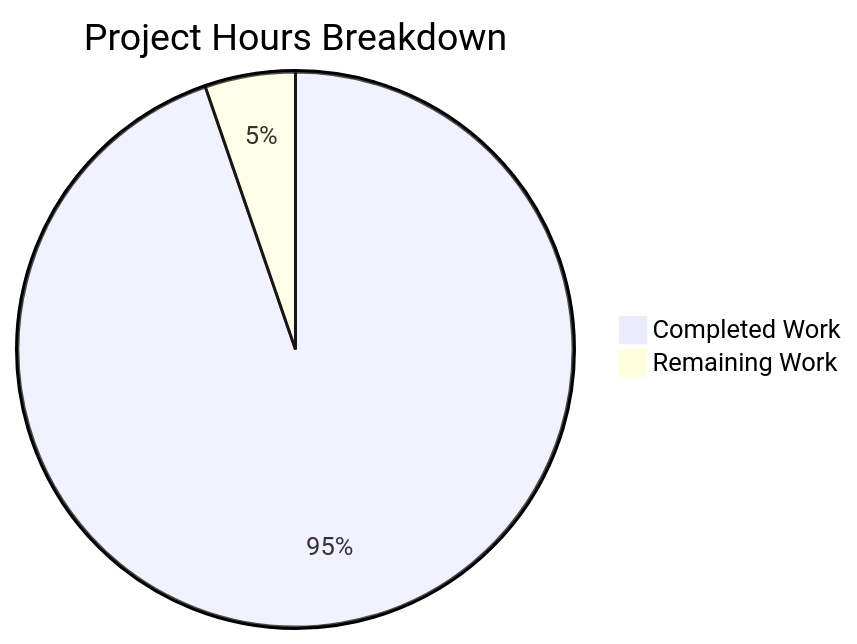
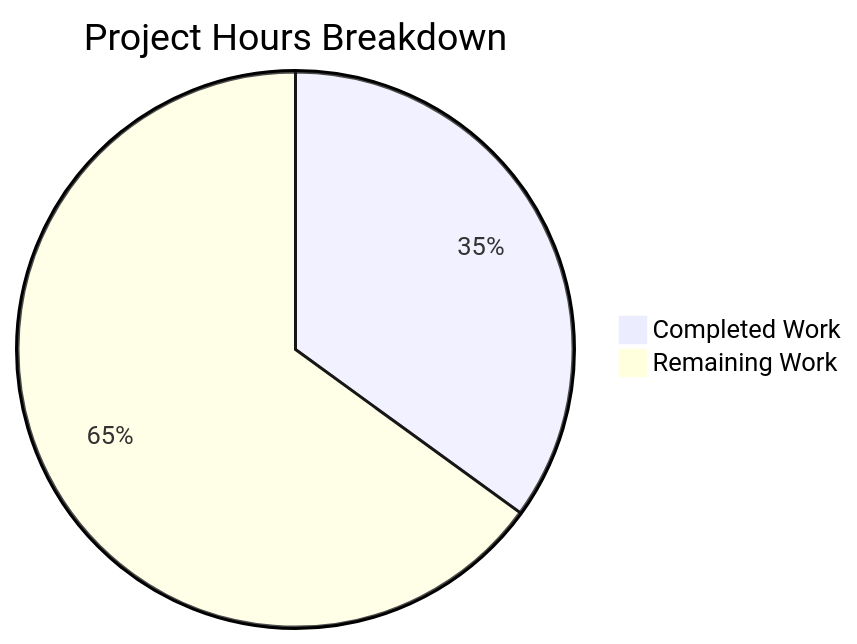
The diagram in blitzy/documentation/Project Guide.md (Sandeep01Kumar/29-dec-existing-projects-qa-test-2), drawn with Mermaid before and after one commit. The commit also changed other lines of this file, not shown here.

Commit message:
Adding Blitzy Project Guide: Project Status and Human Tasks Remaining

````diff
--- a/blitzy/documentation/Project Guide.md
+++ b/blitzy/documentation/Project Guide.md
@@ -29,5 +31,5 @@
 ```mermaid
 pie title Project Hours Breakdown
-    "Completed Work" : 9
-    "Remaining Work" : 0.5
+    "Completed Work" : 7
+    "Remaining Work" : 13
 ```
````
